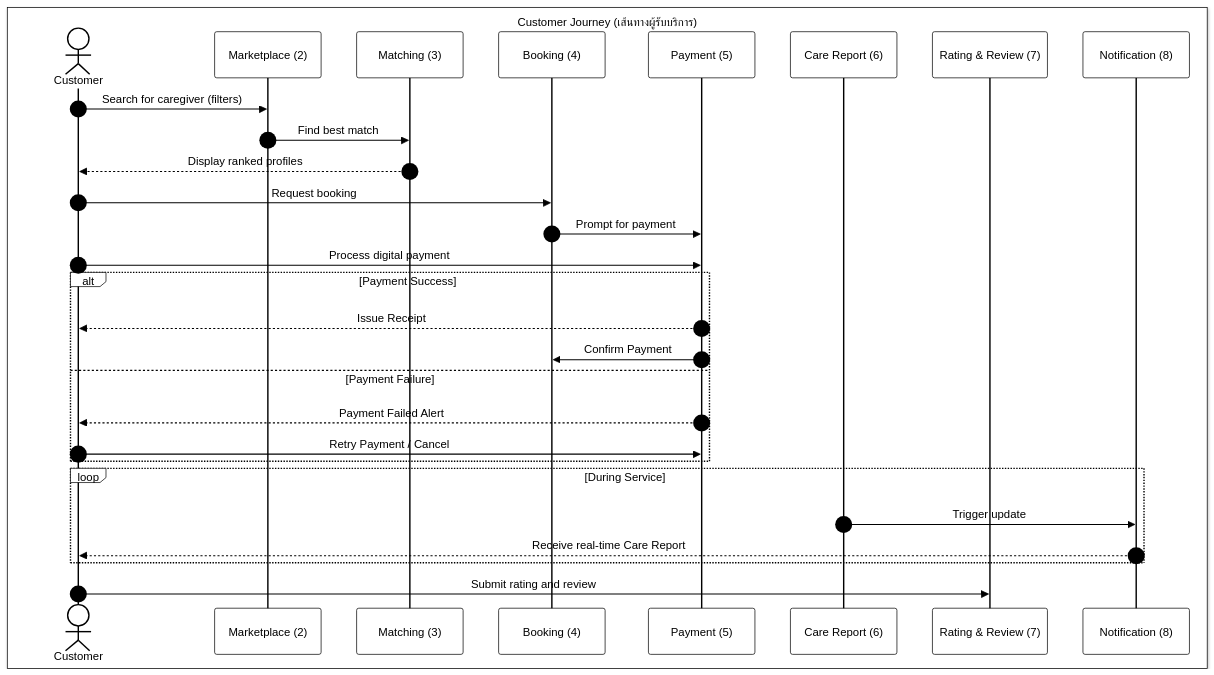
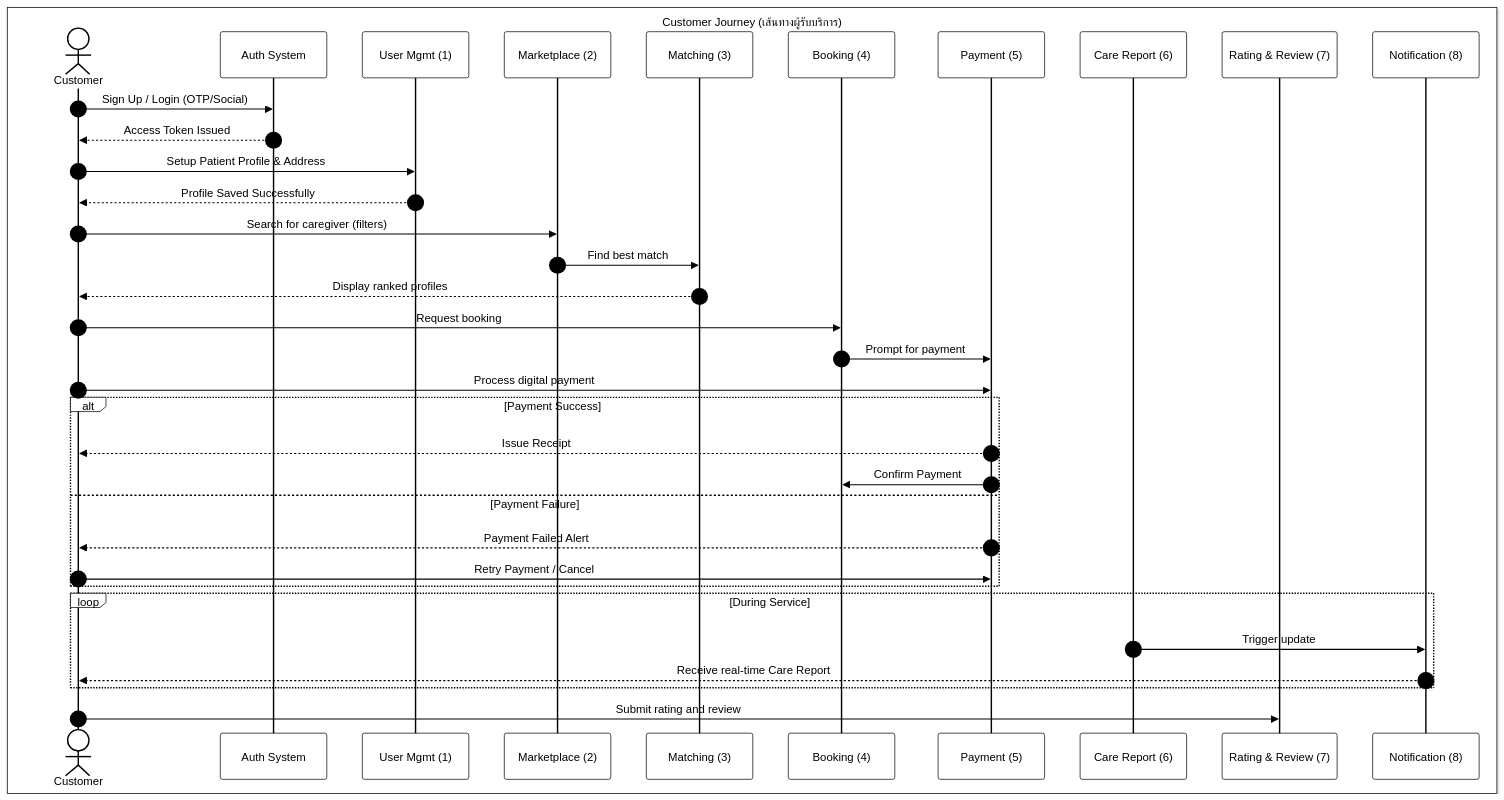
One commit to warattapobwaiarsa/CareDee_Project_Doc changed the second of 6 diagrams in workflow/WORKFLOW.md. Above: the diagram before and after it, drawn with Mermaid. The commit also changed other lines of this file and 3 other files, not shown here.

Commit message:
update user flow

````diff
--- a/workflow/WORKFLOW.md
+++ b/workflow/WORKFLOW.md
@@ -99,35 +99,50 @@
 ```mermaid
 %%{init: { 'theme': 'base', 'themeVariables': { 'darkMode': false, 'background': '#ffffff', 'mainBkg': '#ffffff', 'primaryColor': '#ffffff', 'primaryTextColor': '#000000', 'primaryBorderColor': '#000000', 'lineColor': '#000000', 'secondaryColor': '#ffffff', 'tertiaryColor': '#ffffff', 'actorBkg': '#ffffff', 'actorTextColor': '#000000', 'actorLineColor': '#000000', 'participantBkg': '#ffffff', 'participantTextColor': '#000000', 'participantBorderColor': '#000000', 'signalColor': '#000000', 'signalTextColor': '#000000', 'labelTextColor': '#000000', 'loopTextColor': '#000000', 'noteBkgColor': '#ffffff', 'noteTextColor': '#000000', 'activationBkgColor': '#ffffff', 'activationBorderColor': '#000000', 'sequenceNumberColor': '#000000' }, 'themeCSS': 'svg { background-color: white !important; background: white !important; } rect, circle, path, line, polygon, .labelBox, .cluster rect, .actor, .participant, .note, .activation { fill: white !important; stroke: black !important; stroke-width: 2px !important; } text, tspan, .loopText, .messageText, .noteText, .sequenceNumber { fill: black !important; color: black !important; font-weight: bold !important; font-size: 14px !important; } .cluster rect { stroke-dasharray: 0 !important; }' } }%%
 sequenceDiagram
     autonumber
 
     box white Customer Journey (เส้นทางผู้รับบริการ)
         actor C as Customer
+        participant Auth as Auth System
+        participant UM as User Mgmt (1)
         participant MK as Marketplace (2)
         participant MT as Matching (3)
         participant BK as Booking (4)
         participant PM as Payment (5)
         participant CR as Care Report (6)
         participant RR as Rating & Review (7)
         participant NT as Notification (8)
     end
 
+    %% Authentication & Onboarding
+    C->>Auth: Sign Up / Login (OTP/Social)
+    Auth-->>C: Access Token Issued
+    C->>UM: Setup Patient Profile & Address
+    UM-->>C: Profile Saved Successfully
+
+    %% Service Search
     C->>MK: Search for caregiver (filters)
     MK->>MT: Find best match
     MT-->>C: Display ranked profiles
+    
+    %% Booking & Payment
     C->>BK: Request booking
     BK->>PM: Prompt for payment
     C->>PM: Process digital payment
     alt Payment Success
         PM-->>C: Issue Receipt
         PM->>BK: Confirm Payment
     else Payment Failure
         PM-->>C: Payment Failed Alert
         C->>PM: Retry Payment / Cancel
     end
+
+    %% Service Execution
     loop During Service
         CR->>NT: Trigger update
         NT-->>C: Receive real-time Care Report
     end
+    
+    %% Post-Service
     C->>RR: Submit rating and review
 ```
````
